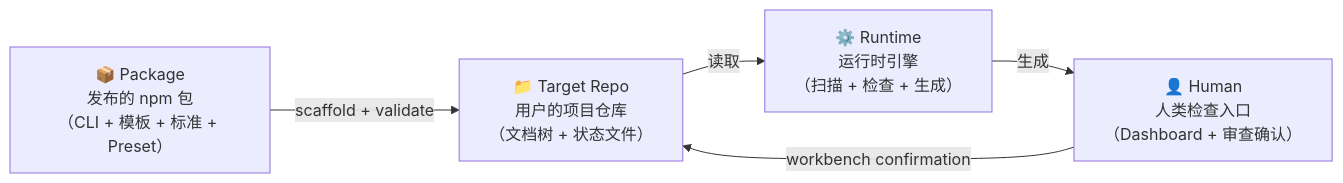
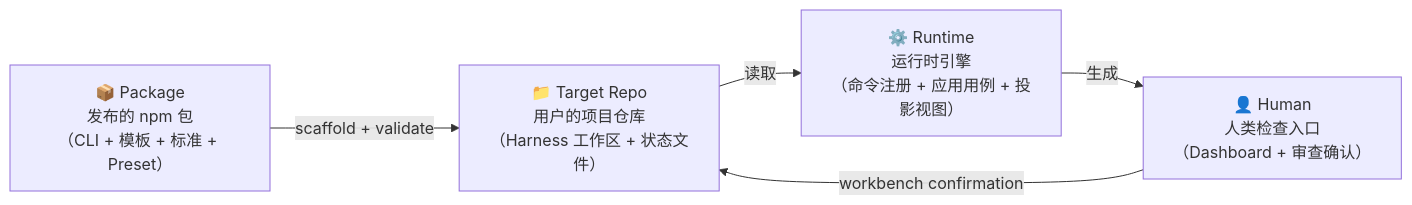
Before and after one commit to FairladyZ625/coding-agent-harness: the first of 4 diagrams in docs-release/architecture/system-explainer/01-system-overview.md, drawn with Mermaid. The commit also changed other lines of this file and 13 other files, not shown here.

Commit message:
docs: align release architecture docs

````diff
--- a/docs-release/architecture/system-explainer/01-system-overview.md
+++ b/docs-release/architecture/system-explainer/01-system-overview.md
@@ -56,12 +56,12 @@
 ```mermaid
 flowchart LR
   A["📦 Package\n发布的 npm 包\n（CLI + 模板 + 标准 + Preset）"]
-  B["📁 Target Repo\n用户的项目仓库\n（文档树 + 状态文件）"]
-  C["⚙️ Runtime\n运行时引擎\n（扫描 + 检查 + 生成）"]
+  B["📁 Target Repo\n用户的项目仓库\n（Harness 工作区 + 状态文件）"]
+  C["⚙️ Runtime\n运行时引擎\n（命令注册 + 应用用例 + 投影视图）"]
   D["👤 Human\n人类检查入口\n（Dashboard + 审查确认）"]
 
   A -->|"scaffold + validate"| B
   B -->|"读取"| C
   C -->|"生成"| D
   D -->|"workbench confirmation"| B
 ```
````
